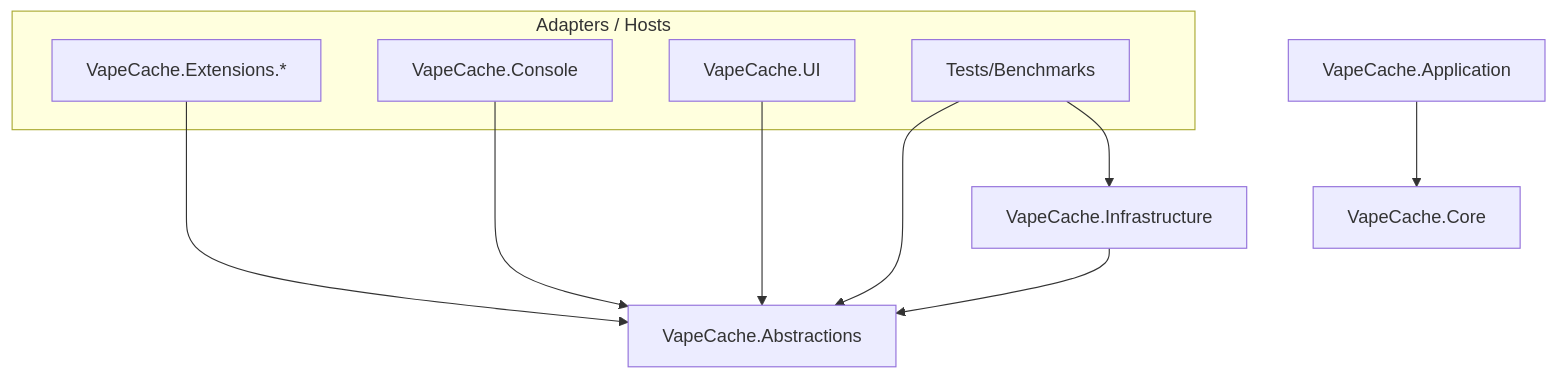
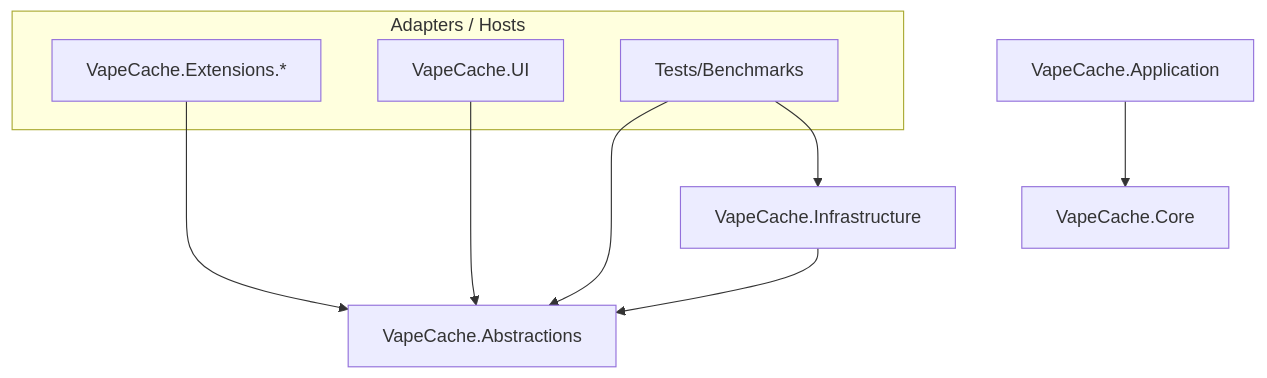
One commit to haxxornulled/VapeCache changed the first of 4 diagrams in docs/ARCHITECTURE_OVERVIEW.md. Above: the diagram before and after it, drawn with Mermaid. The commit also changed other lines of this file and 183 other files, not shown here.

````diff
--- a/docs/ARCHITECTURE_OVERVIEW.md
+++ b/docs/ARCHITECTURE_OVERVIEW.md
@@ -39,23 +39,21 @@
 ```mermaid
 flowchart TB
     subgraph Outer["Adapters / Hosts"]
         EXT["VapeCache.Extensions.*"]
-        CONSOLE["VapeCache.Console"]
         UI["VapeCache.UI"]
         TESTS["Tests/Benchmarks"]
     end
 
     INF["VapeCache.Infrastructure"]
     ABS["VapeCache.Abstractions"]
     APP["VapeCache.Application"]
     CORE["VapeCache.Core"]
 
     EXT --> ABS
-    CONSOLE --> ABS
     UI --> ABS
     TESTS --> ABS
     TESTS --> INF
 
     INF --> ABS
     APP --> CORE
 ```
````
